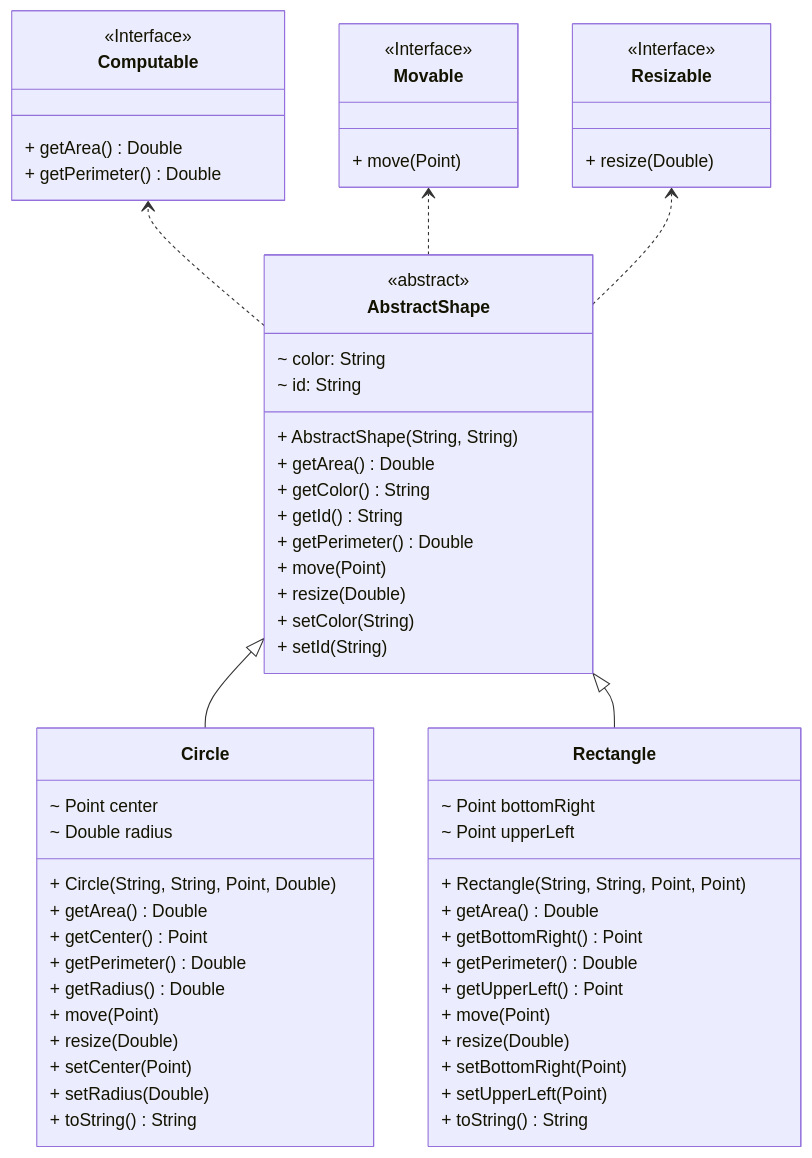
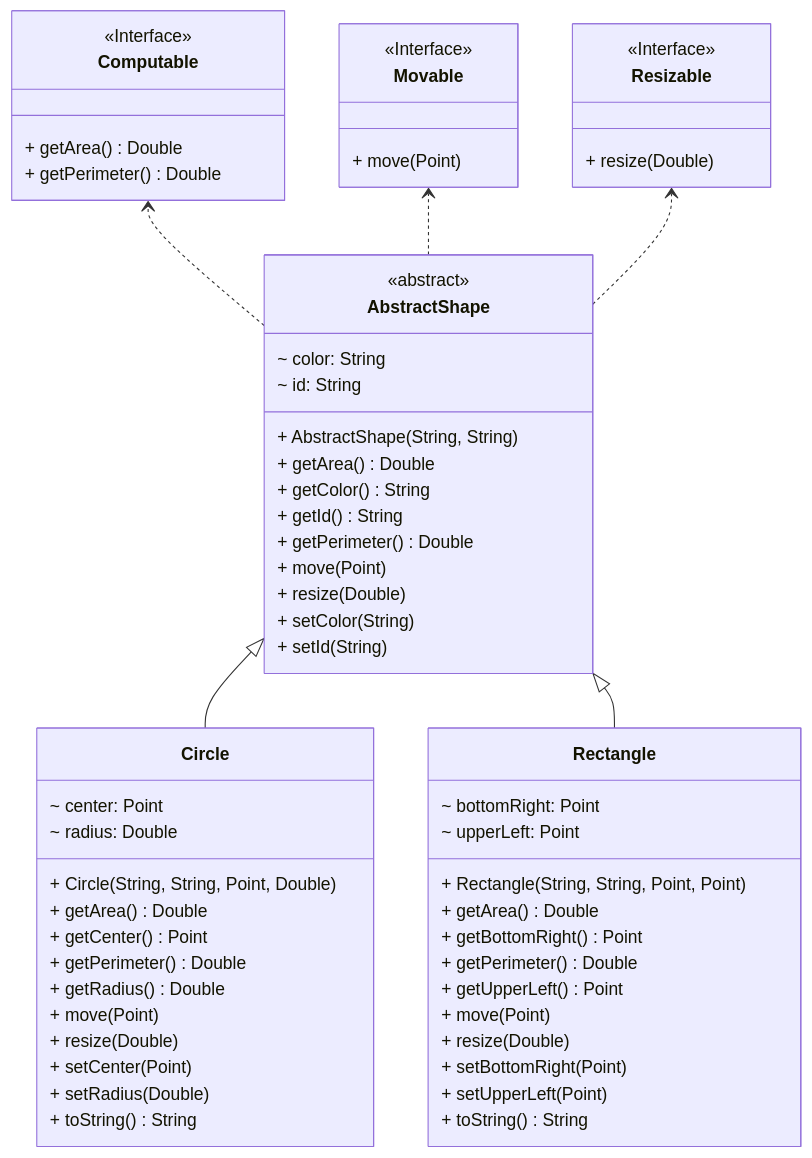
Before and after one commit to MatteV02/kotlin-core: diagram 11 of 13 in src/main/kotlin/com/MatteV02/exercises/oop/README.md, drawn with Mermaid. The commit also changed 6 other files, not shown here.

````diff
--- a/src/main/kotlin/com/MatteV02/exercises/oop/README.md
+++ b/src/main/kotlin/com/MatteV02/exercises/oop/README.md
@@ -463,65 +463,65 @@
 ```mermaid
 classDiagram
     direction BT
     class AbstractShape {
         <<abstract>>
         ~ color: String
         ~ id: String
         + AbstractShape(String, String)
         + getArea() Double
         + getColor() String
         + getId() String
         + getPerimeter() Double
         + move(Point)
         + resize(Double)
         + setColor(String)
         + setId(String)
     }
     class Circle {
-        ~ Point center
-        ~ Double radius
+        ~ center: Point
+        ~ radius: Double
         + Circle(String, String, Point, Double)
         + getArea() Double
         + getCenter() Point
         + getPerimeter() Double
         + getRadius() Double
         + move(Point)
         + resize(Double)
         + setCenter(Point)
         + setRadius(Double)
         + toString() String
     }
     class Rectangle {
-        ~ Point bottomRight
-        ~ Point upperLeft
+        ~ bottomRight: Point
+        ~ upperLeft: Point
         + Rectangle(String, String, Point, Point)
         + getArea() Double
         + getBottomRight() Point
         + getPerimeter() Double
         + getUpperLeft() Point
         + move(Point)
         + resize(Double)
         + setBottomRight(Point)
         + setUpperLeft(Point)
         + toString() String
     }
     class Computable {
         <<Interface>>
         + getArea() Double
         + getPerimeter() Double
     }
     class Movable {
         <<Interface>>
         + move(Point)
     }
     class Resizable {
         <<Interface>>
         + resize(Double)
     }
 
     AbstractShape ..> Computable
     AbstractShape ..> Movable
     AbstractShape ..> Resizable
     Circle --|> AbstractShape
     Rectangle --|> AbstractShape
 ```
````
